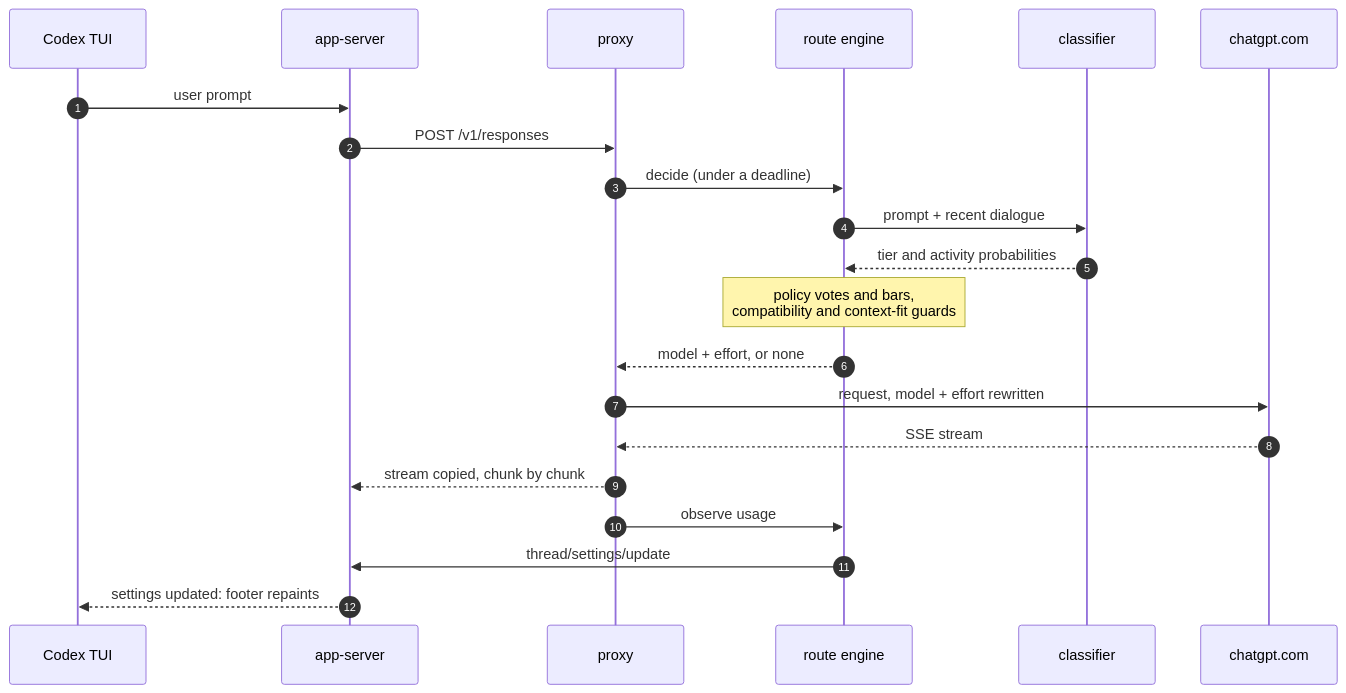
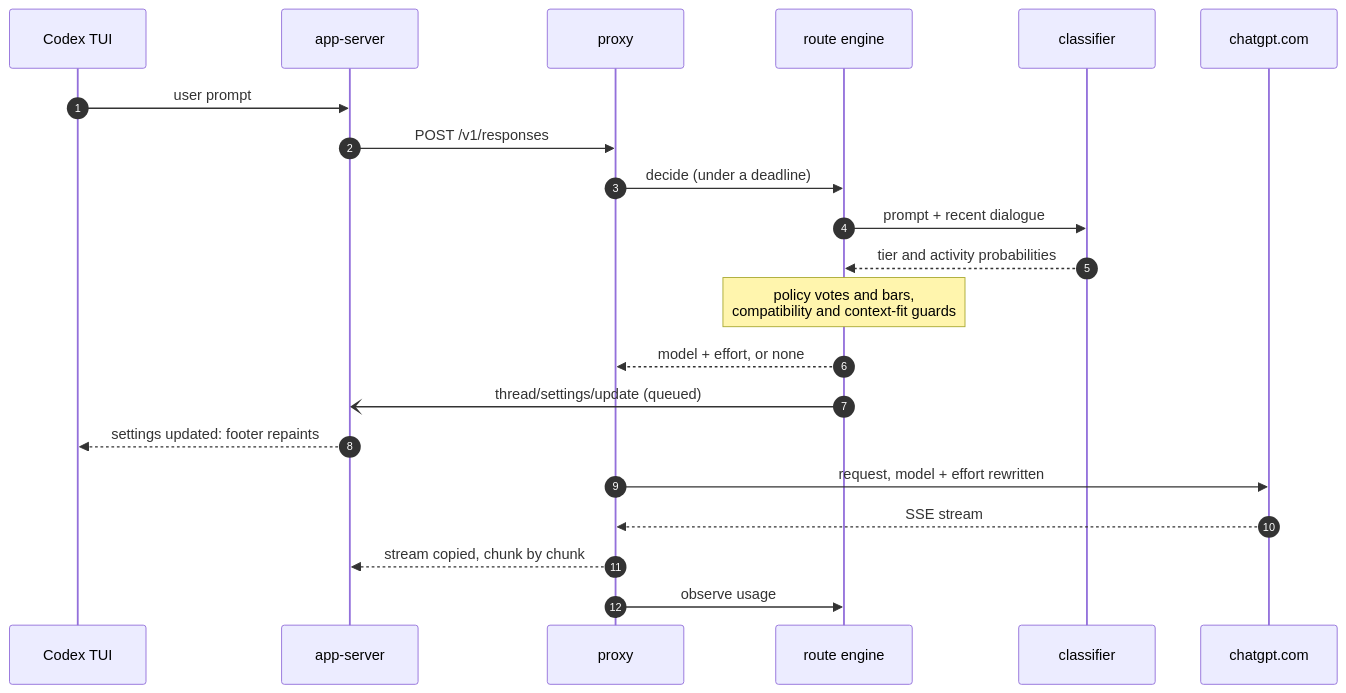
The fourth of 9 diagrams in docs/architecture.md (alexei-led/codex-router), drawn with Mermaid before and after one commit. The commit also changed other lines of this file and 5 other files, not shown here.

First line of the commit message:
docs: align architecture, guide and config reference with the code

````diff
--- a/docs/architecture.md
+++ b/docs/architecture.md
@@ -121,24 +128,24 @@
 ```mermaid
 sequenceDiagram
   autonumber
   participant T as Codex TUI
   participant S as app-server
   participant P as proxy
   participant E as route engine
   participant C as classifier
   participant U as chatgpt.com
 
   T->>S: user prompt
   S->>P: POST /v1/responses
   P->>E: decide (under a deadline)
   E->>C: prompt + recent dialogue
   C-->>E: tier and activity probabilities
   Note over E: policy votes and bars,<br/>compatibility and context-fit guards
   E-->>P: model + effort, or none
+  E-)S: thread/settings/update (queued)
+  S-->>T: settings updated: footer repaints
   P->>U: request, model + effort rewritten
   U-->>P: SSE stream
   P-->>S: stream copied, chunk by chunk
   P->>E: observe usage
-  E->>S: thread/settings/update
-  S-->>T: settings updated: footer repaints
 ```
````
